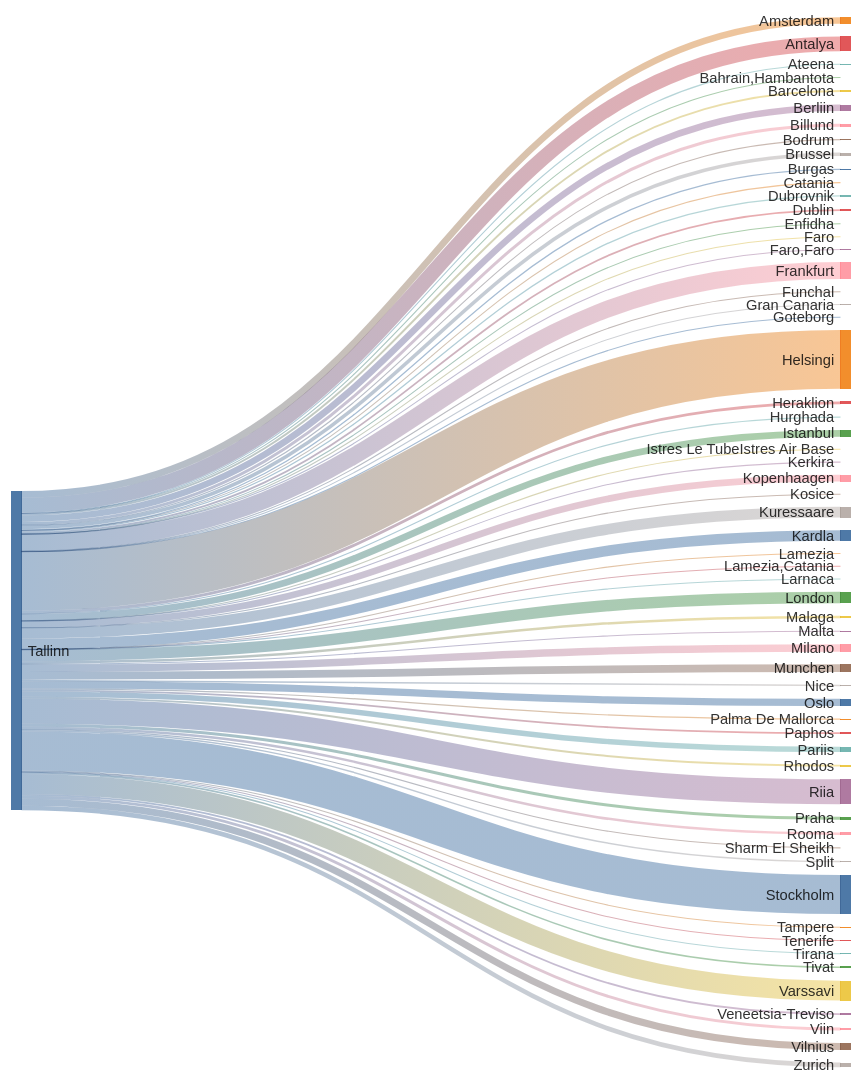
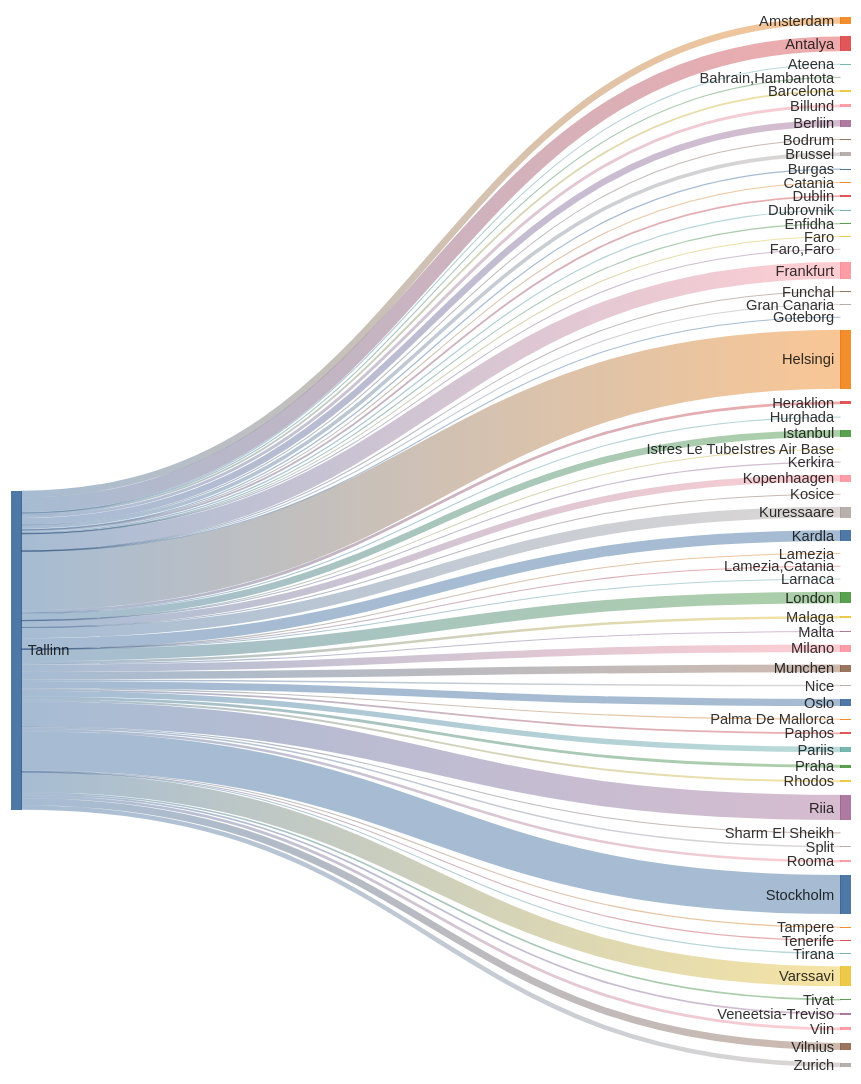
One commit to rainermesi/tll-airport-departures changed the second of 2 diagrams in README.md. Above: the diagram before and after it, drawn with Mermaid. The commit also changed other lines of this file, not shown here.

````diff
--- a/README.md
+++ b/README.md
@@ -34,72 +34,72 @@
 ```mermaid
 ---
 config:
   sankey:
     showValues: false
     width: 800
     height: 1000
 ---
 sankey-beta
 %% source,target,value
-Tallinn,Amsterdam,110
+Tallinn,Amsterdam,112
 Tallinn,Antalya,245
 Tallinn,Ateena,16
 Tallinn,"Bahrain,Hambantota",1
 Tallinn,Barcelona,31
 Tallinn,Berliin,108
 Tallinn,Billund,49
 Tallinn,Bodrum,11
-Tallinn,Brussel,59
+Tallinn,Brussel,60
 Tallinn,Burgas,21
 Tallinn,Catania,2
 Tallinn,Dublin,30
 Tallinn,Dubrovnik,21
 Tallinn,Enfidha,7
 Tallinn,Faro,4
 Tallinn,"Faro,Faro",1
-Tallinn,Frankfurt,278
+Tallinn,Frankfurt,281
 Tallinn,Funchal,4
 Tallinn,Gran Canaria,5
 Tallinn,Goteborg,1
-Tallinn,Helsingi,973
+Tallinn,Helsingi,982
 Tallinn,Heraklion,46
 Tallinn,Hurghada,10
-Tallinn,Istanbul,110
+Tallinn,Istanbul,111
 Tallinn,Istres Le TubeIstres Air Base,2
 Tallinn,Kerkira,4
-Tallinn,Kopenhaagen,111
+Tallinn,Kopenhaagen,112
 Tallinn,Kosice,1
-Tallinn,Kuressaare,177
-Tallinn,Kardla,177
+Tallinn,Kuressaare,179
+Tallinn,Kardla,179
 Tallinn,Lamezia,1
 Tallinn,"Lamezia,Catania",3
 Tallinn,Larnaca,4
-Tallinn,London,189
-Tallinn,Malaga,41
+Tallinn,London,191
+Tallinn,Malaga,42
 Tallinn,Malta,15
-Tallinn,Milano,122
+Tallinn,Milano,123
 Tallinn,Munchen,128
 Tallinn,Nice,25
-Tallinn,Oslo,119
+Tallinn,Oslo,120
 Tallinn,Palma De Mallorca,19
 Tallinn,Paphos,29
-Tallinn,Pariis,89
+Tallinn,Pariis,90
 Tallinn,Praha,49
 Tallinn,Rhodos,32
-Tallinn,Riia,413
+Tallinn,Riia,417
 Tallinn,Rooma,42
 Tallinn,Sharm El Sheikh,12
 Tallinn,Split,25
-Tallinn,Stockholm,647
+Tallinn,Stockholm,649
 Tallinn,Tampere,17
 Tallinn,Tenerife,7
 Tallinn,Tirana,8
 Tallinn,Tivat,26
-Tallinn,Varssavi,329
+Tallinn,Varssavi,331
 Tallinn,Veneetsia-Treviso,30
 Tallinn,Viin,48
-Tallinn,Vilnius,115
-Tallinn,Zurich,75
+Tallinn,Vilnius,117
+Tallinn,Zurich,76
 
 
 ```
````
